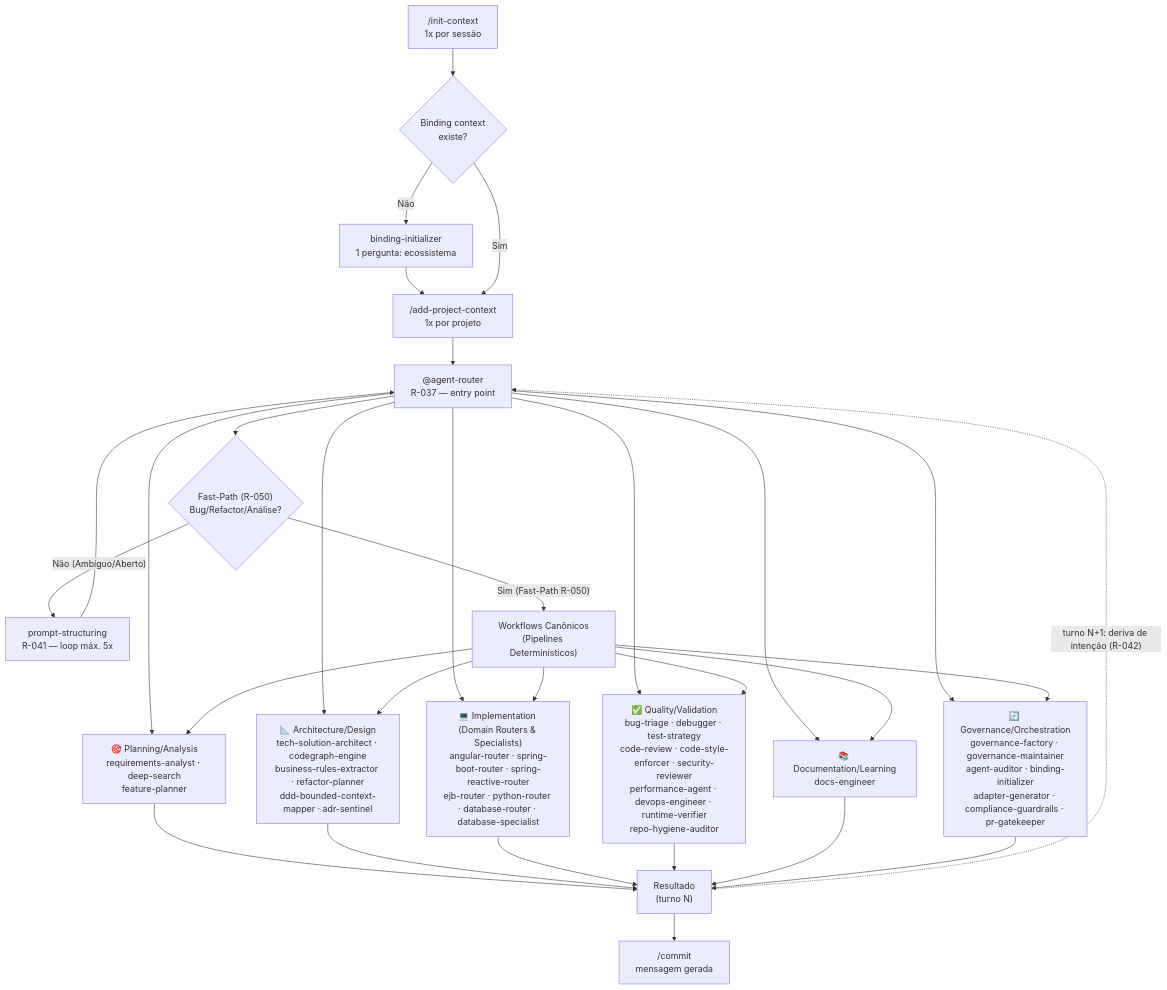
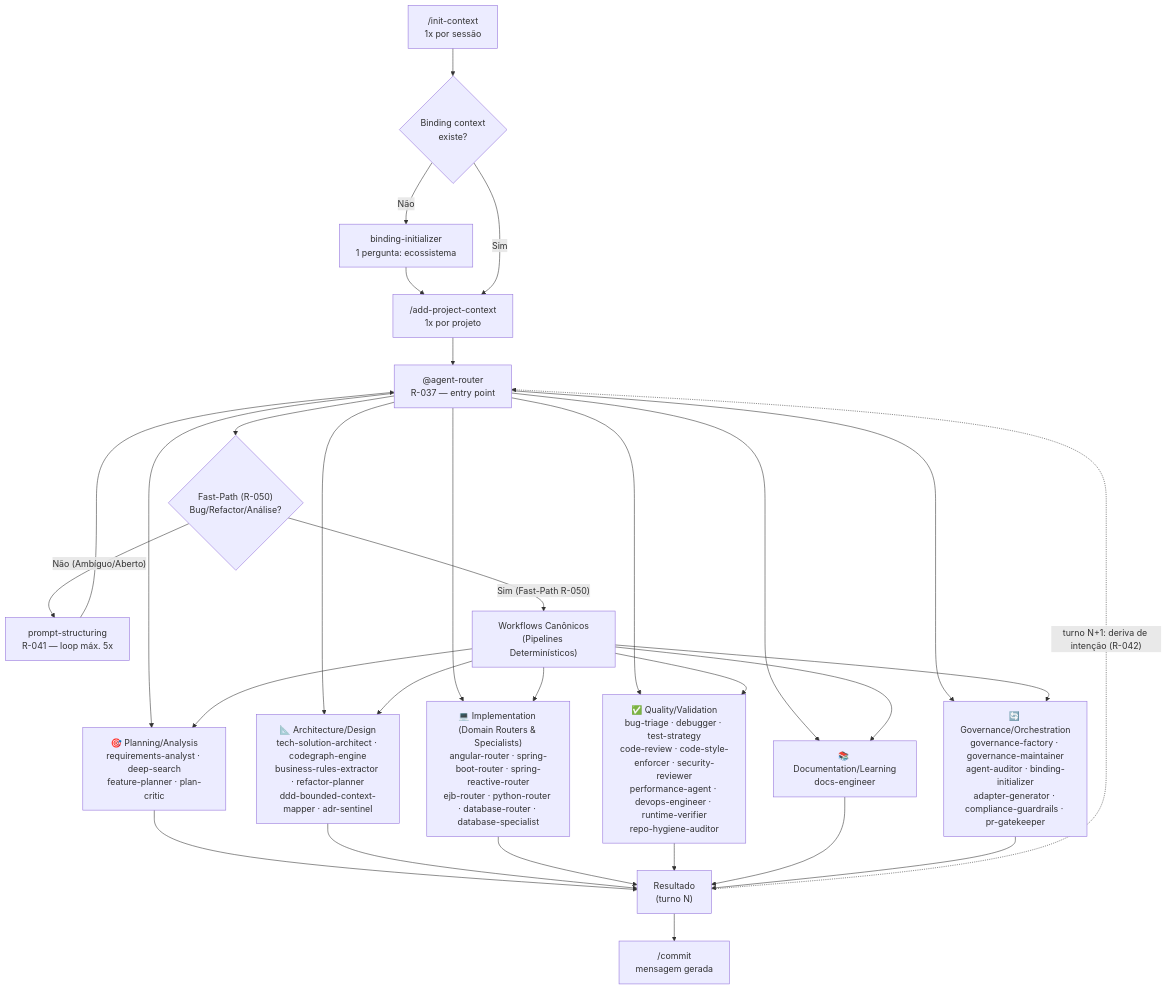
Before and after one commit to jezreel8858/deep-agents-copilot: the first of 2 diagrams in README.md, drawn with Mermaid. The commit also changed other lines of this file and 56 other files, not shown here.

````diff
--- a/README.md
+++ b/README.md
@@ -190,23 +190,23 @@
 ```mermaid
 flowchart TD
     A["/init-context\n1x por sessão"] --> B{Binding context\nexiste?}
     B -- Não --> C["binding-initializer\n1 pergunta: ecossistema"]
     C --> D["/add-project-context\n1x por projeto"]
     B -- Sim --> D
     D --> E["@agent-router\nR-037 — entry point"]
     E --> FP{"Fast-Path (R-050)\nBug/Refactor/Análise?"}
     FP -- "Não (Ambíguo/Aberto)" --> P["prompt-structuring\nR-041 — loop máx. 5x"]
     P --> E
     FP -- "Sim (Fast-Path R-050)" --> WF["Workflows Canônicos\n(Pipelines Determinísticos)"]
 
-    E & WF --> G1["🎯 Planning/Analysis\nrequirements-analyst · deep-search\nfeature-planner"]
+    E & WF --> G1["🎯 Planning/Analysis\nrequirements-analyst · deep-search\nfeature-planner · plan-critic"]
     E & WF --> G2["📐 Architecture/Design\ntech-solution-architect · codegraph-engine\nbusiness-rules-extractor · refactor-planner\nddd-bounded-context-mapper · adr-sentinel"]
     E & WF --> G3["💻 Implementation (Domain Routers & Specialists)\nangular-router · spring-boot-router · spring-reactive-router\nejb-router · python-router · database-router · database-specialist"]
     E & WF --> G4["✅ Quality/Validation\nbug-triage · debugger · test-strategy\ncode-review · code-style-enforcer · security-reviewer\nperformance-agent · devops-engineer · runtime-verifier\nrepo-hygiene-auditor"]
     E & WF --> G5["📚 Documentation/Learning\ndocs-engineer"]
     E & WF --> G6["🔄 Governance/Orchestration\ngovernance-factory · governance-maintainer\nagent-auditor · binding-initializer\nadapter-generator · compliance-guardrails · pr-gatekeeper"]
 
     G1 & G2 & G3 & G4 & G5 & G6 --> K["Resultado\n(turno N)"]
     K --> L["/commit\nmensagem gerada"]
     K -.->|"turno N+1: deriva de intenção (R-042)"| E
 ```
````
